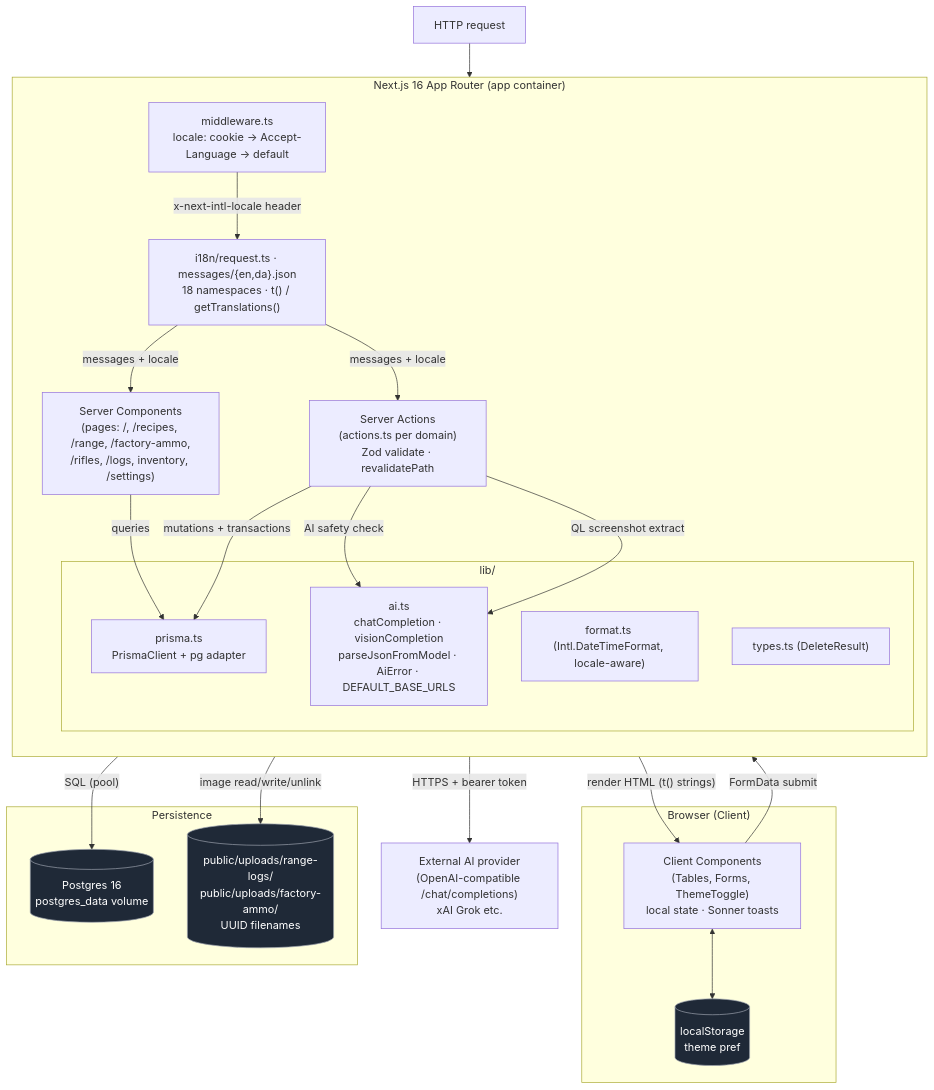
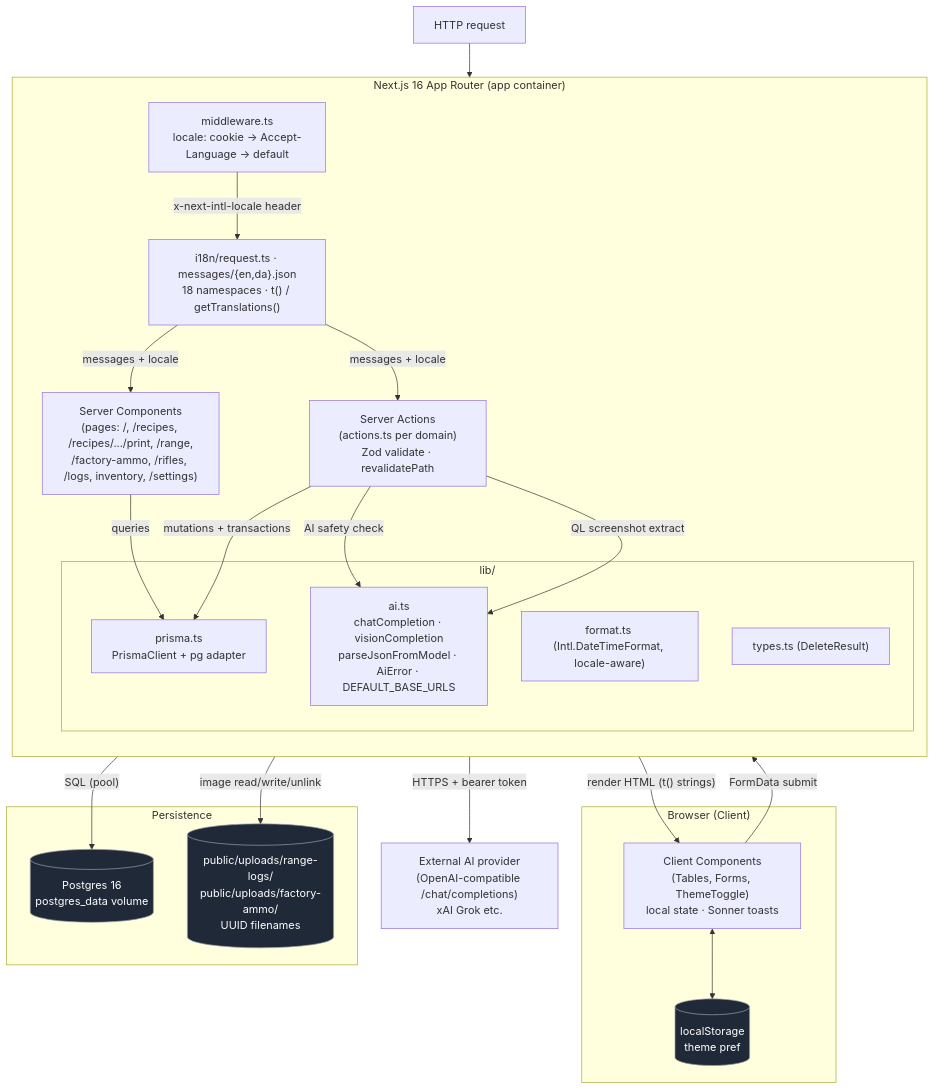
One commit to KennethEgholm/reloading changed the first of 4 diagrams in docs/architecture.md. Above: the diagram before and after it, drawn with Mermaid. The commit also changed 14 other files, not shown here.

````diff
--- a/docs/architecture.md
+++ b/docs/architecture.md
@@ -7,47 +7,47 @@
 ```mermaid
 graph TB
     subgraph Browser["Browser (Client)"]
         UI["Client Components<br/>(Tables, Forms, ThemeToggle)<br/>local state · Sonner toasts"]
         LS[("localStorage<br/>theme pref")]
     end
 
     subgraph Next["Next.js 16 App Router (app container)"]
         direction TB
         MW["middleware.ts<br/>locale: cookie → Accept-Language → default"]
          I18N["i18n/request.ts · messages/{en,da}.json<br/>18 namespaces · t() / getTranslations()"]
-        SC["Server Components<br/>(pages: /, /recipes, /range, /factory-ammo,<br/>/rifles, /logs, inventory, /settings)"]
+         SC["Server Components<br/>(pages: /, /recipes, /recipes/.../print, /range,<br/>/factory-ammo, /rifles, /logs, inventory, /settings)"]
         SA["Server Actions<br/>(actions.ts per domain)<br/>Zod validate · revalidatePath"]
 
         subgraph Lib["lib/"]
             PRISMA["prisma.ts<br/>PrismaClient + pg adapter"]
             AI["ai.ts<br/>chatCompletion · visionCompletion<br/>parseJsonFromModel · AiError · DEFAULT_BASE_URLS"]
             FMT["format.ts (Intl.DateTimeFormat, locale-aware)"]
             TYP["types.ts (DeleteResult)"]
         end
     end
 
     subgraph Storage["Persistence"]
         PG[("Postgres 16<br/>postgres_data volume")]
         FILES[("public/uploads/range-logs/<br/>public/uploads/factory-ammo/<br/>UUID filenames")]
     end
 
     EXT["External AI provider<br/>(OpenAI-compatible /chat/completions)<br/>xAI Grok etc."]
 
     REQ["HTTP request"] --> MW
     MW -- "x-next-intl-locale header" --> I18N
     I18N -- "messages + locale" --> SC
     I18N -- "messages + locale" --> SA
     UI -- "FormData submit" --> SA
     SC -- "render HTML (t() strings)" --> UI
     UI <--> LS
     SC -- "queries" --> PRISMA
     SA -- "mutations + transactions" --> PRISMA
     SA -- "image read/write/unlink" --> FILES
     SA -- "AI safety check" --> AI
     SA -- "QL screenshot extract" --> AI
     AI -- "HTTPS + bearer token" --> EXT
     PRISMA -- "SQL (pool)" --> PG
 
     classDef store fill:#1f2937,stroke:#9ca3af,color:#fff;
     class PG,FILES,LS store;
 ```
````
